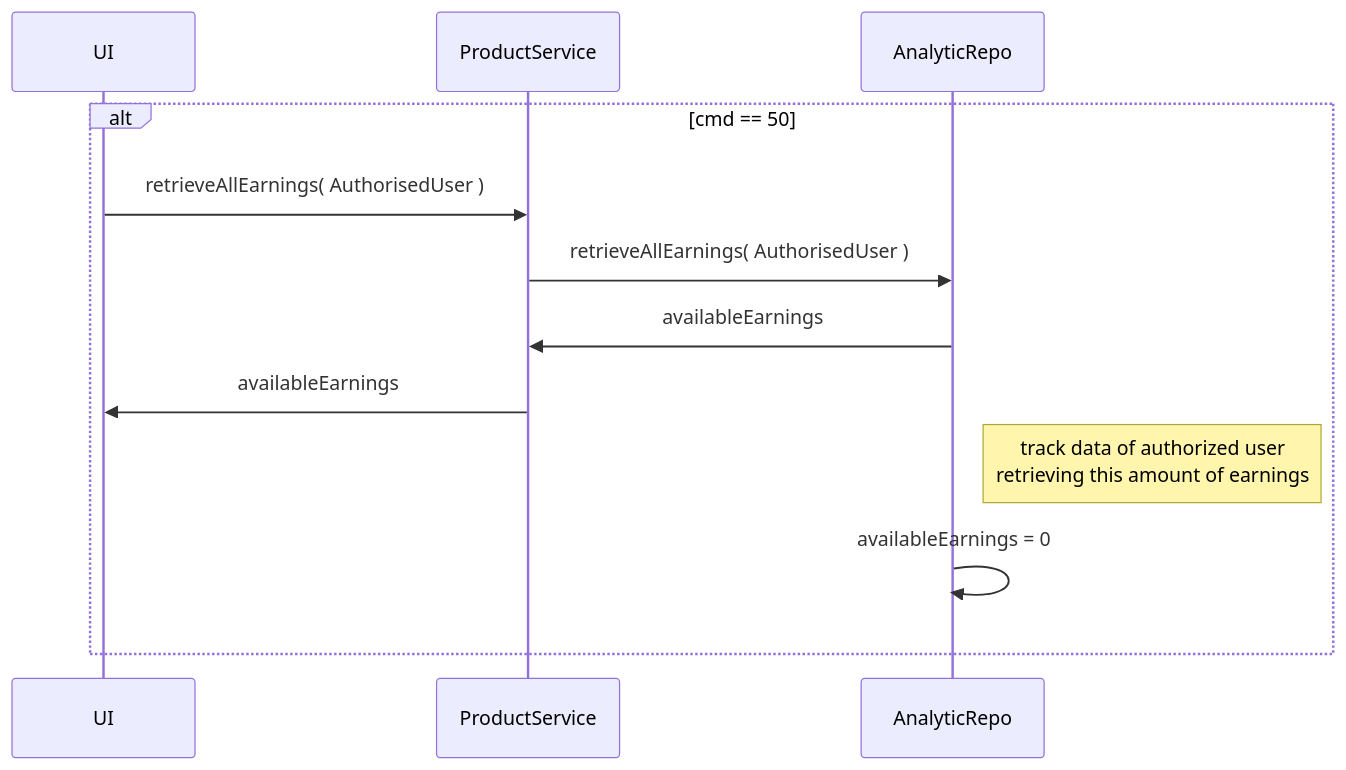
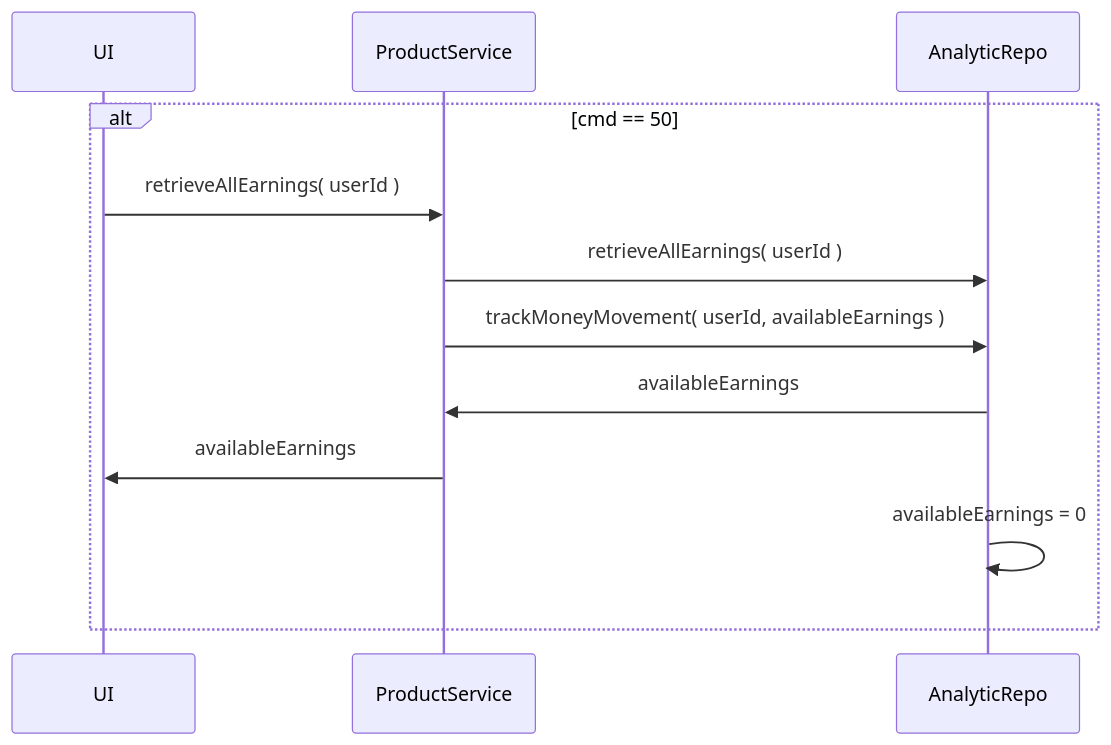
One commit to Apameus/Vending_Machine changed diagram 14 of 14 in README.md. Above: the diagram before and after it, drawn with Mermaid. The commit also changed other lines of this file and 1 other file, not shown here.

Commit message:
Retrieve Money command refactored

````diff
--- a/README.md
+++ b/README.md
@@ -292,16 +291,16 @@
 ```mermaid
 sequenceDiagram
 participant UI
 participant PS as ProductService
 participant AR as AnalyticRepo
 
 
 alt cmd == 50
-UI ->> PS: retrieveAllEarnings( AuthorisedUser )
-PS ->> AR: retrieveAllEarnings( AuthorisedUser )
-AR ->> PS: availableEarnings
-PS ->> UI: availableEarnings
-Note right of AR: track data of authorized user <br> retrieving this amount of earnings
+UI ->> PS: retrieveAllEarnings( userId )
+PS ->> AR: retrieveAllEarnings( userId )
+    PS ->> AR: trackMoneyMovement( userId, availableEarnings )
+    AR ->> PS: availableEarnings
+    PS ->> UI: availableEarnings
 AR ->> AR: availableEarnings = 0
 end
 ```
````
